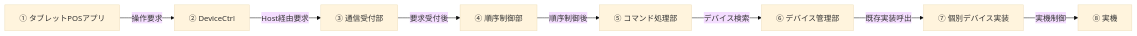
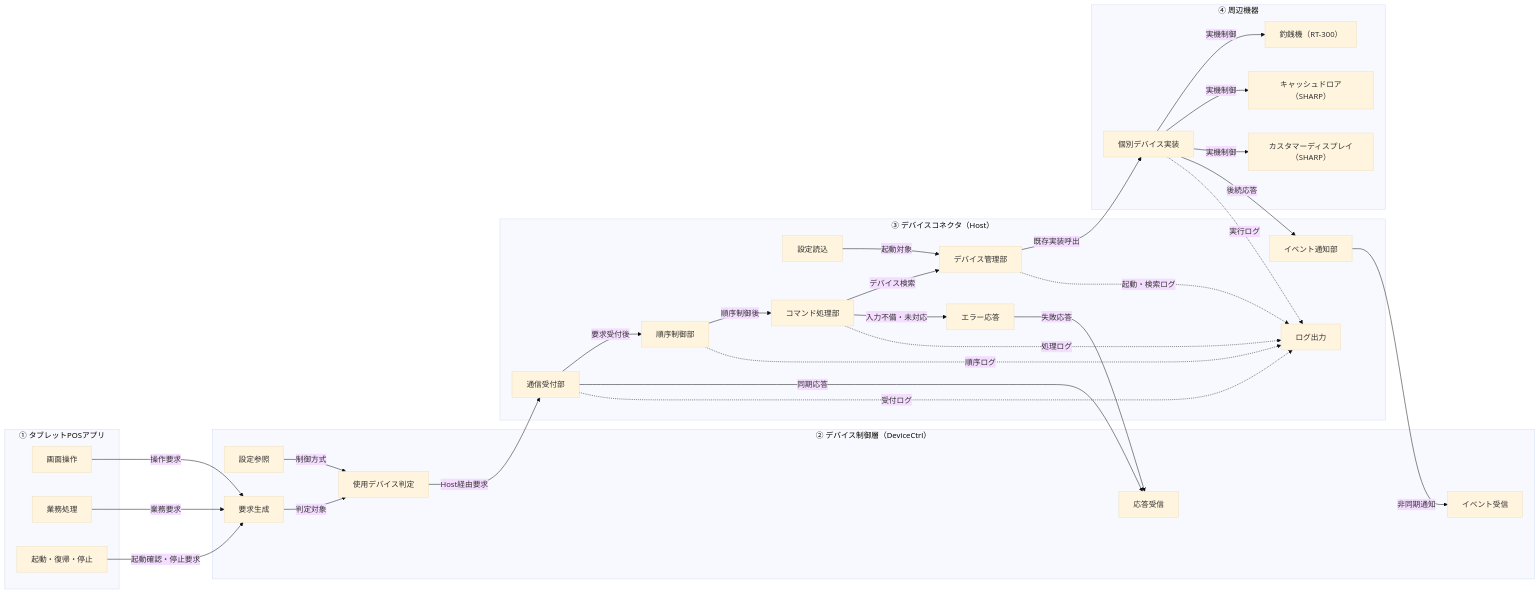
The first of 3 diagrams in artifacts/reports/architecture/ARCH-HOST-01_タブレットPOS_デバイスコネクタ基本設計書/ARCH-HOST-01_タブレットPOS_デバイスコネクタ基本設計書.md (vti-sam/smj-ks-pos-stored), drawn with Mermaid (base theme) before and after one commit. The commit also changed other lines of this file and 9 other files, not shown here.

````diff
--- a/artifacts/reports/architecture/ARCH-HOST-01_タブレットPOS_デバイスコネクタ基本設計書/ARCH-HOST-01_タブレットPOS_デバイスコネクタ基本設計書.md
+++ b/artifacts/reports/architecture/ARCH-HOST-01_タブレットPOS_デバイスコネクタ基本設計書/ARCH-HOST-01_タブレットPOS_デバイスコネクタ基本設計書.md
@@ -149,18 +127,55 @@
 ```mermaid
 flowchart LR
-    A["① タブレットPOSアプリ"]
-    B["② DeviceCtrl"]
-    C["③ 通信受付部"]
-    D["④ 順序制御部"]
-    E["⑤ コマンド処理部"]
-    F["⑥ デバイス管理部"]
-    G["⑦ 個別デバイス実装"]
-    H["⑧ 実機"]
-    A -->|操作要求| B
-    B -->|Host経由要求| C
-    C -->|要求受付後| D
-    D -->|順序制御後| E
-    E -->|デバイス検索| F
-    F -->|既存実装呼出| G
-    G -->|実機制御| H
+    subgraph APP["① タブレットPOSアプリ"]
+        UI["画面操作"]
+        Biz["業務処理"]
+        Life["起動・復帰・停止"]
+    end
+    subgraph CTRL["② デバイス制御層（DeviceCtrl）"]
+        Config["設定参照"]
+        Select["使用デバイス判定"]
+        Request["要求生成"]
+        Response["応答受信"]
+        EventIn["イベント受信"]
+    end
+    subgraph HOST["③ デバイスコネクタ（Host）"]
+        HostConfig["設定読込"]
+        Pipe["通信受付部"]
+        Order["順序制御部"]
+        Command["コマンド処理部"]
+        Manager["デバイス管理部"]
+        EventOut["イベント通知部"]
+        Error["エラー応答"]
+        Log["ログ出力"]
+    end
+    subgraph DEVICE["④ 周辺機器"]
+        Impl["個別デバイス実装"]
+        CashChanger["釣銭機（RT-300）"]
+        CashDrawer["キャッシュドロア（SHARP）"]
+        CustomerDisplay["カスタマーディスプレイ（SHARP）"]
+    end
+    UI -->|操作要求| Request
+    Biz -->|業務要求| Request
+    Life -->|起動確認・停止要求| Request
+    Config -->|制御方式| Select
+    Request -->|判定対象| Select
+    Select -->|Host経由要求| Pipe
+    Pipe -->|要求受付後| Order
+    Order -->|順序制御後| Command
+    Command -->|デバイス検索| Manager
+    Command -->|入力不備・未対応| Error
+    HostConfig -->|起動対象| Manager
+    Manager -->|既存実装呼出| Impl
+    Impl -->|実機制御| CashChanger
+    Impl -->|実機制御| CashDrawer
+    Impl -->|実機制御| CustomerDisplay
+    Impl -->|後続応答| EventOut
+    EventOut -->|非同期通知| EventIn
+    Pipe -->|同期応答| Response
+    Error -->|失敗応答| Response
+    Pipe -.->|受付ログ| Log
+    Order -.->|順序ログ| Log
+    Command -.->|処理ログ| Log
+    Manager -.->|起動・検索ログ| Log
+    Impl -.->|実行ログ| Log
 ```
````
